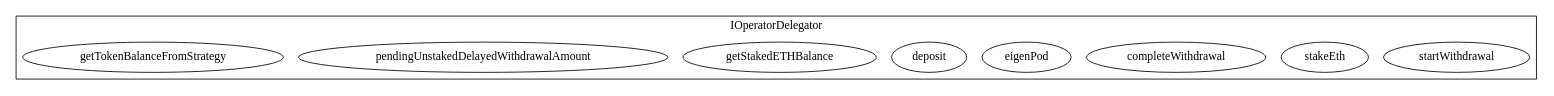
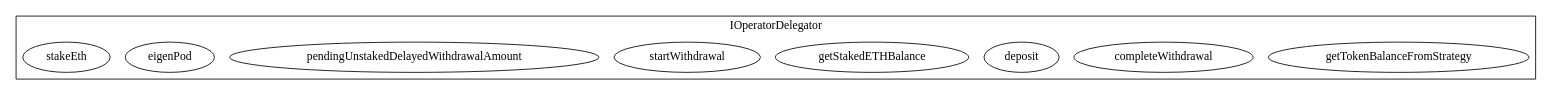
Before and after one commit to hoseadevops/Renzo-Protocol-online-test: the diagram in contracts/RestakeManager.sol.IOperatorDelegator.call-graph.dot, drawn with Graphviz. The commit also changed other lines of this file and 22 other files, not shown here.

```diff
--- a/contracts/RestakeManager.sol.IOperatorDelegator.call-graph.dot
+++ b/contracts/RestakeManager.sol.IOperatorDelegator.call-graph.dot
@@ -1,15 +1,15 @@
 strict digraph {
 subgraph cluster_4534_IOperatorDelegator {
 label = "IOperatorDelegator"
-"4534_startWithdrawal" [label="startWithdrawal"]
-"4534_stakeEth" [label="stakeEth"]
+"4534_getTokenBalanceFromStrategy" [label="getTokenBalanceFromStrategy"]
 "4534_completeWithdrawal" [label="completeWithdrawal"]
-"4534_eigenPod" [label="eigenPod"]
 "4534_deposit" [label="deposit"]
 "4534_getStakedETHBalance" [label="getStakedETHBalance"]
+"4534_startWithdrawal" [label="startWithdrawal"]
 "4534_pendingUnstakedDelayedWithdrawalAmount" [label="pendingUnstakedDelayedWithdrawalAmount"]
-"4534_getTokenBalanceFromStrategy" [label="getTokenBalanceFromStrategy"]
+"4534_eigenPod" [label="eigenPod"]
+"4534_stakeEth" [label="stakeEth"]
 }subgraph cluster_solidity {
 label = "[Solidity]"
 }
 }
```
